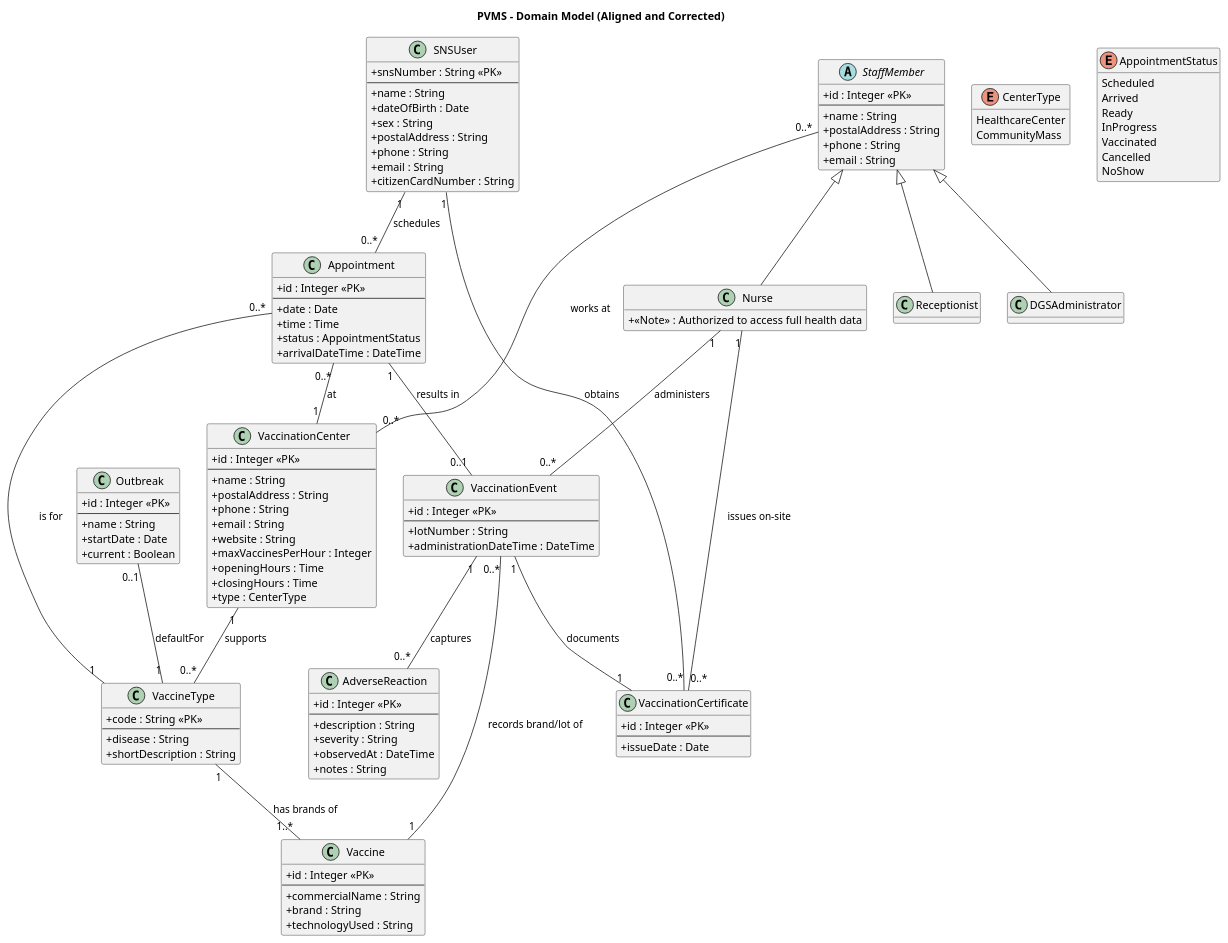
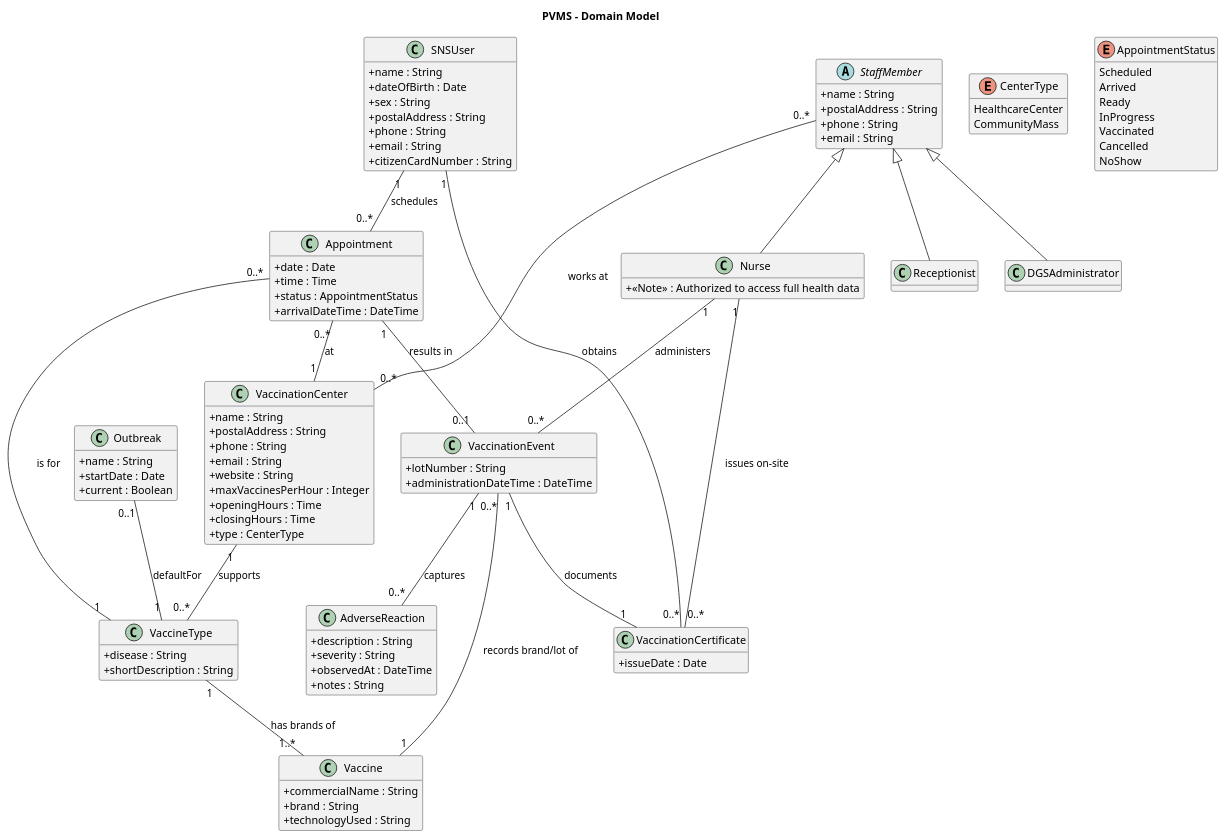
One commit to luluisfcm/leti-esoft-25-26-B5 changed the diagram in docs/Sprint 1/Global_Artifacts/puml/DM.puml. Above: the diagram before and after it, drawn with PlantUML.

Commit message:
id e pk retirados

```diff
--- a/docs/Sprint 1/Global_Artifacts/puml/DM.puml
+++ b/docs/Sprint 1/Global_Artifacts/puml/DM.puml
@@ -1,145 +1,135 @@
 @startuml
-title PVMS – Domain Model (Aligned and Corrected)
+title PVMS – Domain Model
 
 hide methods
 skinparam classAttributeIconSize 0
 
 ' ===================== SNS Users =====================
 class SNSUser {
-  + snsNumber : String <<PK>>
-  --
+
   + name : String
   + dateOfBirth : Date
   + sex : String
   + postalAddress : String
   + phone : String
   + email : String
   + citizenCardNumber : String
 }
 
 ' ===================== Staff =====================
 abstract StaffMember {
-  + id : Integer <<PK>>
-  --
+
   + name : String
   + postalAddress : String
   + phone : String
   + email : String
 }
 
 class Receptionist extends StaffMember
 class Nurse extends StaffMember {
   + <<Note>> : Authorized to access full health data
 }
 class DGSAdministrator extends StaffMember
 
 ' ===================== Centers =====================
 enum CenterType {
   HealthcareCenter
   CommunityMass
 }
 
 class VaccinationCenter {
-  + id : Integer <<PK>>
-  --
+
   + name : String
   + postalAddress : String
   + phone : String
   + email : String
   + website : String
   + maxVaccinesPerHour : Integer
   + openingHours : Time
   + closingHours : Time
   + type : CenterType
 }
 
 ' Which vaccine types a center can administer
 VaccinationCenter "1" -- "0..*" VaccineType : supports
 
 ' ===================== Vaccines =====================
 class VaccineType {
-  + code : String <<PK>>
-  --
+
   + disease : String
   + shortDescription : String
 }
 
 class Vaccine {
-  + id : Integer <<PK>>
-  --
+
   + commercialName : String
   + brand : String
   + technologyUsed : String
 }
 
 VaccineType "1" -- "1..*" Vaccine : has brands of
 
 ' ===================== Appointments & Events =====================
 enum AppointmentStatus {
   Scheduled
   Arrived
   Ready
   InProgress
   Vaccinated
   Cancelled
   NoShow
 }
 
 class Appointment {
-  + id : Integer <<PK>>
-  --
+
   + date : Date
   + time : Time
   + status : AppointmentStatus
   + arrivalDateTime : DateTime
 }
 
 class VaccinationEvent {
-  + id : Integer <<PK>>
-  --
+
   + lotNumber : String
   + administrationDateTime : DateTime
 }
 
 class AdverseReaction {
-  + id : Integer <<PK>>
-  --
+
   + description : String
   + severity : String
   + observedAt : DateTime
   + notes : String
 }
 
 class VaccinationCertificate {
-  + id : Integer <<PK>>
-  --
+
   + issueDate : Date
 }
 
 ' ===================== Outbreak / Defaults =====================
 class Outbreak {
-  + id : Integer <<PK>>
-  --
+
   + name : String
   + startDate : Date
   + current : Boolean
 }
 
 ' ===================== Associations =====================
 SNSUser "1" -- "0..*" Appointment : schedules
 Appointment "0..*" -- "1" VaccinationCenter : at
 Appointment "0..*" -- "1" VaccineType : is for
 
 Appointment "1" -- "0..1" VaccinationEvent : results in
 VaccinationEvent "0..*" -- "1" Vaccine : records brand/lot of
 VaccinationEvent "1" -- "0..*" AdverseReaction : captures
 
 SNSUser "1" -- "0..*" VaccinationCertificate : obtains
 VaccinationEvent "1" -- "1" VaccinationCertificate : documents
 Nurse "1" -- "0..*" VaccinationEvent : administers
 Nurse "1" -- "0..*" VaccinationCertificate : issues on-site
 
 StaffMember "0..*" -- "0..*" VaccinationCenter : works at
 
 Outbreak "0..1" -- "1" VaccineType : defaultFor
 @enduml
```
